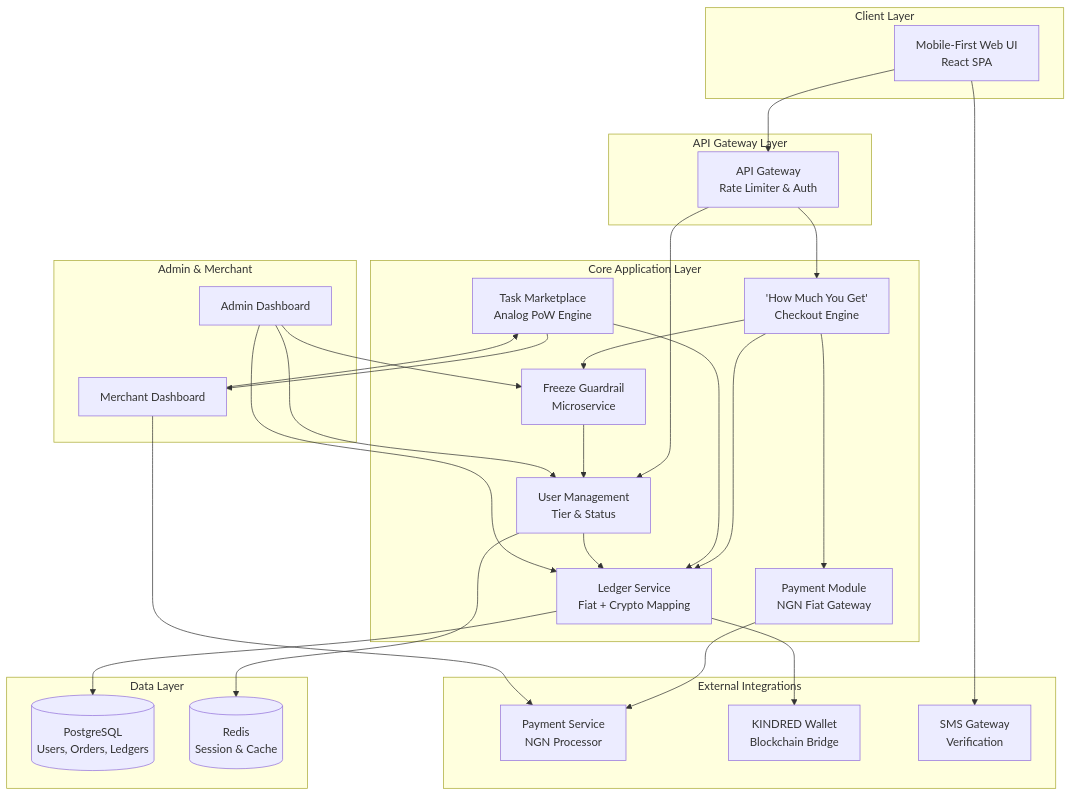
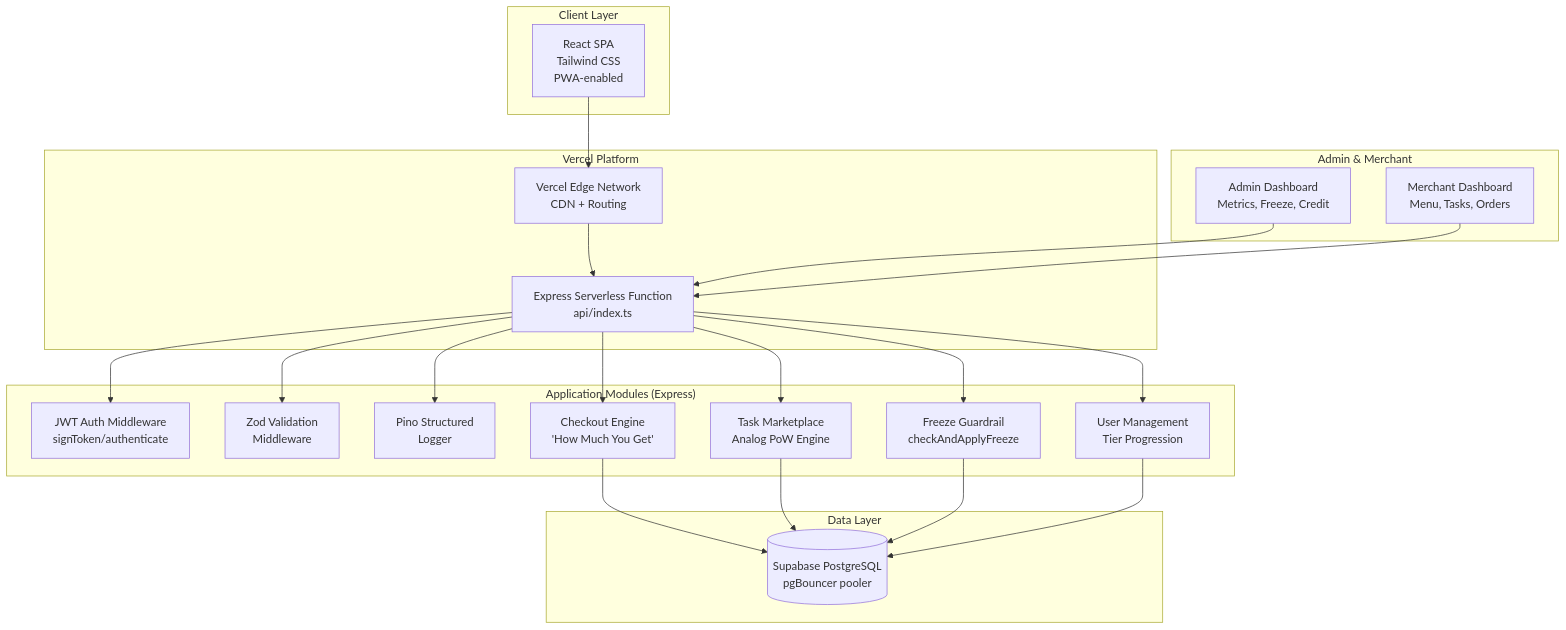
One commit to hexadigitall/chopfirst changed the second of 12 diagrams in UML_Diagrams.md. Above: the diagram before and after it, drawn with Mermaid. The commit also changed other lines of this file and 25 other files, not shown here.

Commit message:
feat: align five-tier limits, dual ledger, and UI

````diff
--- a/UML_Diagrams.md
+++ b/UML_Diagrams.md
@@ -217,56 +181,46 @@
 ```mermaid
 graph TB
     subgraph "Client Layer"
-        UI[Mobile-First Web UI<br/>React SPA]
+        UI[React SPA<br/>Tailwind CSS<br/>PWA-enabled]
     end
 
-    subgraph "API Gateway Layer"
-        GW[API Gateway<br/>Rate Limiter & Auth]
+    subgraph "Vercel Platform"
+        VercelEdge[Vercel Edge Network<br/>CDN + Routing]
+        API[Express Serverless Function<br/>api/index.ts]
     end
 
-    subgraph "Core Application Layer"
-        CE["'How Much You Get'<br/>Checkout Engine"]
-        PM[Payment Module<br/>NGN Fiat Gateway]
+    subgraph "Application Modules (Express)"
+        Auth[JWT Auth Middleware<br/>signToken/authenticate]
+        Validate[Zod Validation<br/>Middleware]
+        Logger[Pino Structured<br/>Logger]
+        CE["Checkout Engine<br/>'How Much You Get'"]
         TM[Task Marketplace<br/>Analog PoW Engine]
-        FM[Freeze Guardrail<br/>Microservice]
-        UM[User Management<br/>Tier & Status]
-        LDG[Ledger Service<br/>Fiat + Crypto Mapping]
-    end
-
-    subgraph "External Integrations"
-        PS[Payment Service<br/>NGN Processor]
-        KW[KINDRED Wallet<br/>Blockchain Bridge]
-        SMS[SMS Gateway<br/>Verification]
+        FM[Freeze Guardrail<br/>checkAndApplyFreeze]
+        UM[User Management<br/>Tier Progression]
     end
 
     subgraph "Data Layer"
-        DB[(PostgreSQL<br/>Users, Orders, Ledgers)]
-        REDIS[(Redis<br/>Session & Cache)]
+        DB[(Supabase PostgreSQL<br/>pgBouncer pooler)]
     end
 
     subgraph "Admin & Merchant"
-        AD[Admin Dashboard]
-        MD[Merchant Dashboard]
+        AD[Admin Dashboard<br/>Metrics, Freeze, Credit]
+        MD[Merchant Dashboard<br/>Menu, Tasks, Orders]
     end
 
-    UI --> GW
-    GW --> CE
-    GW --> UM
-    CE --> PM
-    CE --> LDG
-    CE --> FM
-    TM --> LDG
-    TM --> MD
-    FM --> UM
-    UM --> LDG
-    PM --> PS
-    LDG --> KW
-    LDG --> DB
-    UM --> REDIS
-    AD --> UM
-    AD --> FM
-    AD --> LDG
-    MD --> TM
-    MD --> PS
-    UI --> SMS
+    UI --> VercelEdge
+    VercelEdge --> API
+    API --> Auth
+    API --> Validate
+    API --> Logger
+    API --> CE
+    API --> TM
+    API --> FM
+    API --> UM
+    CE --> DB
+    TM --> DB
+    FM --> DB
+    UM --> DB
+    AD --> API
+    MD --> API
 ```
````
